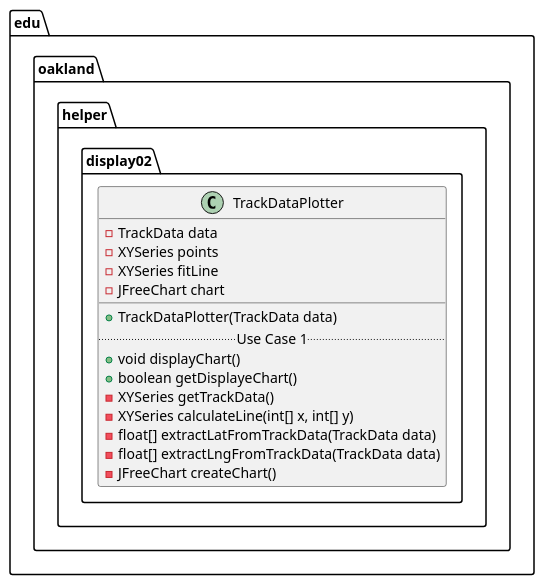
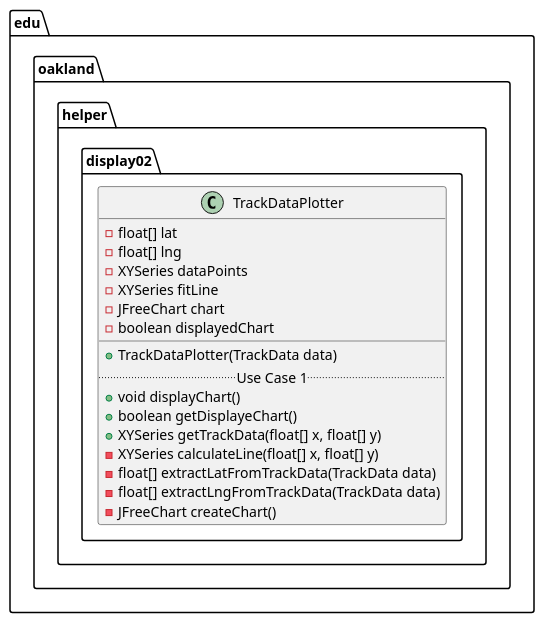
Before and after one commit to andrewdimmer/csi-3370-software-project: the diagram in docs/uml-class-diagrams/display02/helper/TrackDataPlotter/TrackDataPlotter.puml, drawn with PlantUML. The commit also changed 540 other files, not shown here.

First line of the commit message:
[Admin] Update PUML Diagrams to Reflect Production Code/Tests (#168)

```diff
--- a/docs/uml-class-diagrams/display02/helper/TrackDataPlotter/TrackDataPlotter.puml
+++ b/docs/uml-class-diagrams/display02/helper/TrackDataPlotter/TrackDataPlotter.puml
@@ -1,22 +1,24 @@
 @startuml TrackDataPlotter
 
 package edu.oakland.helper.display02 {
     class TrackDataPlotter {
-        - TrackData data
-        - XYSeries points
+        - float[] lat
+        - float[] lng
+        - XYSeries dataPoints
         - XYSeries fitLine
         - JFreeChart chart
+        - boolean displayedChart
         __
         + TrackDataPlotter(TrackData data)
         .. Use Case 1 ..
         + void displayChart()
         + boolean getDisplayeChart()
-        - XYSeries getTrackData()
-        - XYSeries calculateLine(int[] x, int[] y)
+        + XYSeries getTrackData(float[] x, float[] y)
+        - XYSeries calculateLine(float[] x, float[] y)
         - float[] extractLatFromTrackData(TrackData data)
         - float[] extractLngFromTrackData(TrackData data)
         - JFreeChart createChart()
     }
 }
 
 @enduml
```
